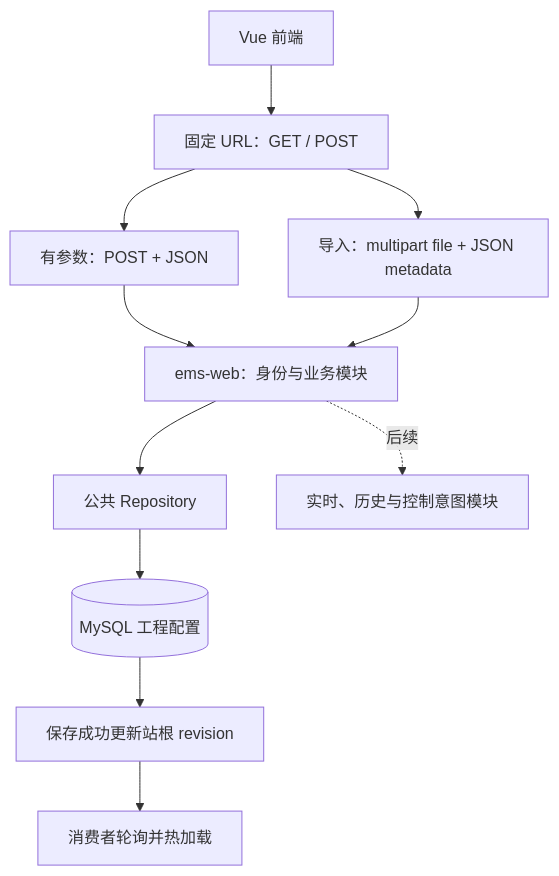
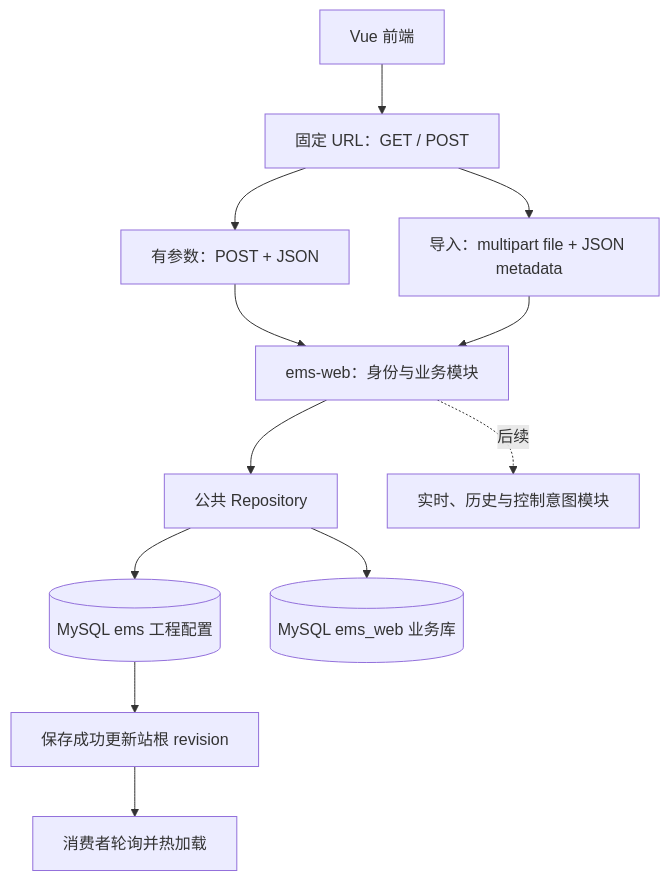
The diagram in website/docs/processes/web/index.md (600888/ems), drawn with Mermaid before and after one commit. The commit also changed other lines of this file and 35 other files, not shown here.

````diff
--- a/website/docs/processes/web/index.md
+++ b/website/docs/processes/web/index.md
@@ -15,13 +16,14 @@
 ```mermaid
 flowchart TB
     UI[Vue 前端] --> HTTP[固定 URL：GET / POST]
     HTTP --> JSON[有参数：POST + JSON]
     HTTP --> Multipart[导入：multipart file + JSON metadata]
     JSON --> Web[ems-web：身份与业务模块]
     Multipart --> Web
     Web --> Repo[公共 Repository]
-    Repo --> DB[(MySQL 工程配置)]
+    Repo --> DB[(MySQL ems 工程配置)]
+    Repo --> WebDB[(MySQL ems_web 业务库)]
     DB --> Revision[保存成功更新站根 revision]
     Revision --> Runtime[消费者轮询并热加载]
     Web -.后续.-> Realtime[实时、历史与控制意图模块]
 ```
````
